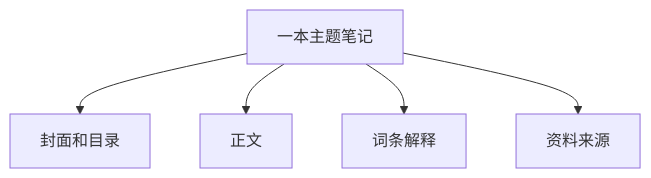
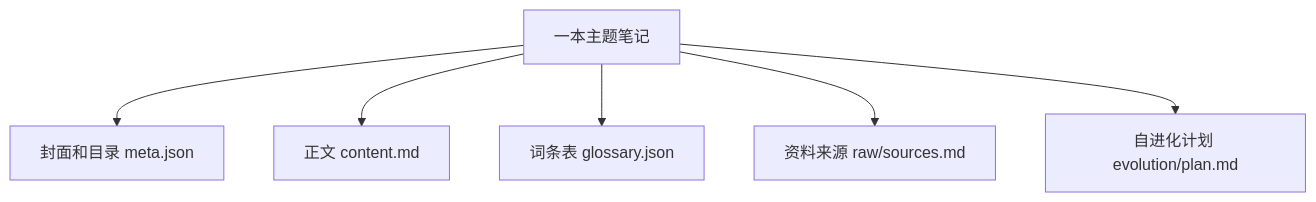
Before and after one commit to Yvnminc/SiliWiki: the second of 2 diagrams in docs/USAGE_ZH.md, drawn with Mermaid. The commit also changed other lines of this file and 29 other files, not shown here.

````diff
--- a/docs/USAGE_ZH.md
+++ b/docs/USAGE_ZH.md
@@ -57,7 +60,8 @@
 ```mermaid
 flowchart TD
-    A["一本主题笔记"] --> B["封面和目录"]
-    A --> C["正文"]
-    A --> D["词条解释"]
-    A --> E["资料来源"]
+    A["一本主题笔记"] --> B["封面和目录 meta.json"]
+    A --> C["正文 content.md"]
+    A --> D["词条表 glossary.json"]
+    A --> E["资料来源 raw/sources.md"]
+    A --> F["自进化计划 evolution/plan.md"]
 ```
````
